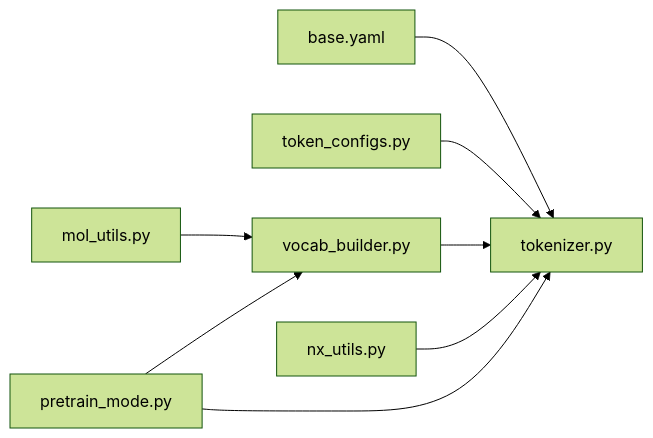
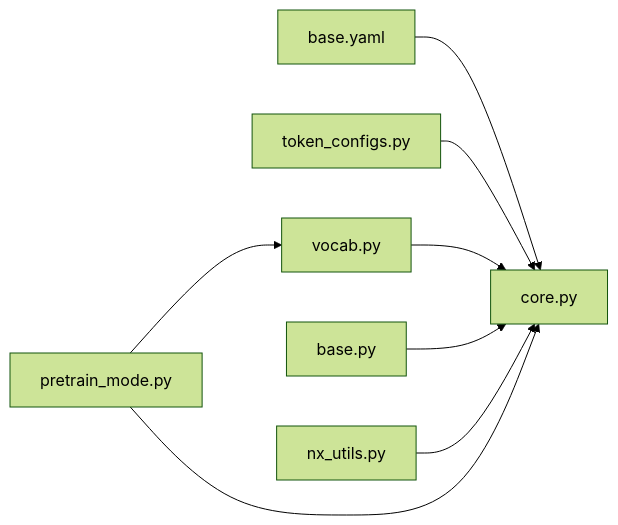
Before and after one commit to alibaba/graph-gpt: the fifth of 5 diagrams in .qoder/repowiki/en/content/Tokenization System/Vocabulary Building System.md, drawn with Mermaid (forest theme). The commit also changed other lines of this file and 5 other files, not shown here.

````diff
--- a/.qoder/repowiki/en/content/Tokenization System/Vocabulary Building System.md
+++ b/.qoder/repowiki/en/content/Tokenization System/Vocabulary Building System.md
@@ -270,10 +281,10 @@
 ```mermaid
 graph LR
-CFG["base.yaml"] --> TK["tokenizer.py"]
+CFG["base.yaml"] --> TK["core.py"]
 TCFG["token_configs.py"] --> TK
-VB["vocab_builder.py"] --> TK
-MU["mol_utils.py"] --> VB
+VB["vocab.py"] --> TK
+BASE["base.py"] --> TK
 NXU["nx_utils.py"] --> TK
 PM["pretrain_mode.py"] --> VB
 PM --> TK
 ```
````
